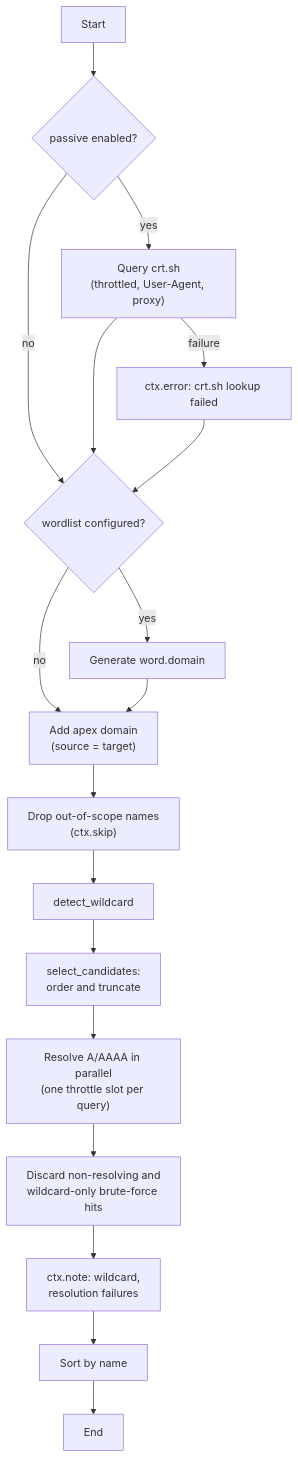
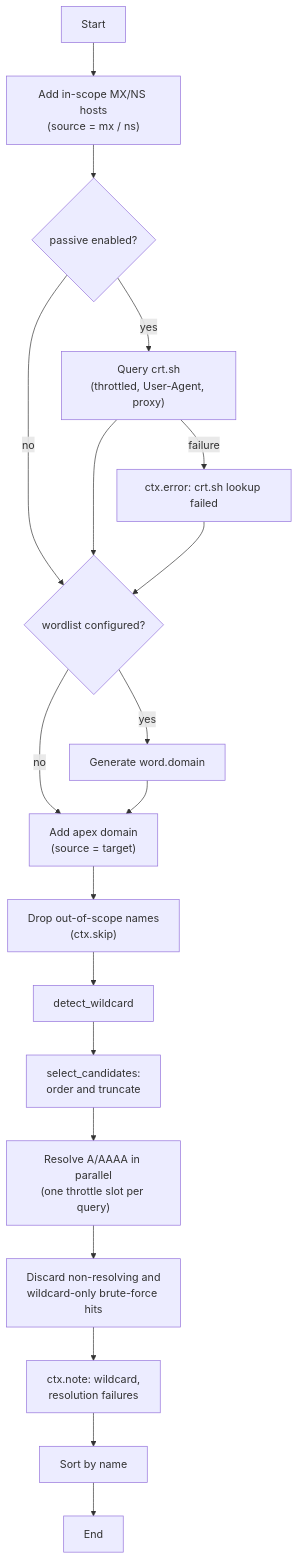
Before and after one commit to Just-Ipavon/web-recon: the third of 4 diagrams in docs/03-function-reference.md, drawn with Mermaid. The commit also changed other lines of this file and 18 other files, not shown here.

````diff
--- a/docs/03-function-reference.md
+++ b/docs/03-function-reference.md
@@ -433,20 +447,21 @@
 ```mermaid
 flowchart TD
-    A["Start"] --> B{"passive enabled?"}
+    A["Start"] --> M["Add in-scope MX/NS hosts<br/>(source = mx / ns)"]
+    M --> B{"passive enabled?"}
     B -->|yes| C["Query crt.sh<br/>(throttled, User-Agent, proxy)"]
     C -->|failure| C2["ctx.error: crt.sh lookup failed"]
     B -->|no| D
     C --> D{"wordlist configured?"}
     C2 --> D
     D -->|yes| E["Generate word.domain"]
     D -->|no| F
     E --> F["Add apex domain<br/>(source = target)"]
     F --> G["Drop out-of-scope names<br/>(ctx.skip)"]
     G --> W["detect_wildcard"]
     W --> H["select_candidates:<br/>order and truncate"]
     H --> I["Resolve A/AAAA in parallel<br/>(one throttle slot per query)"]
     I --> J["Discard non-resolving and<br/>wildcard-only brute-force hits"]
     J --> N["ctx.note: wildcard,<br/>resolution failures"]
     N --> K["Sort by name"]
     K --> L["End"]
 ```
````
